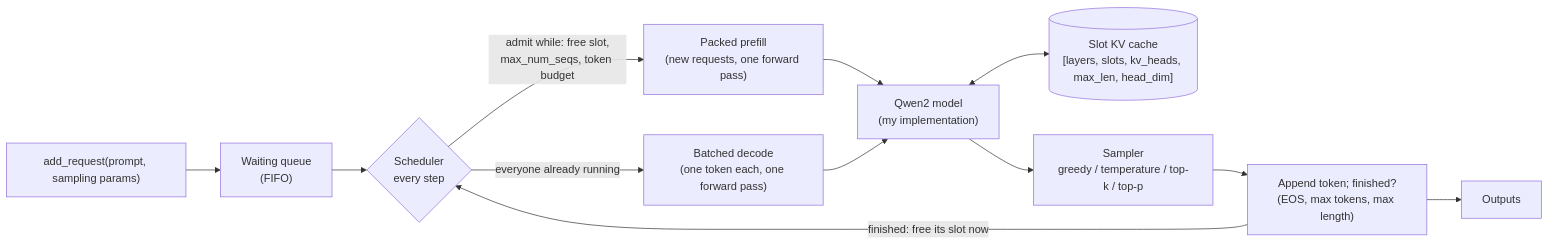
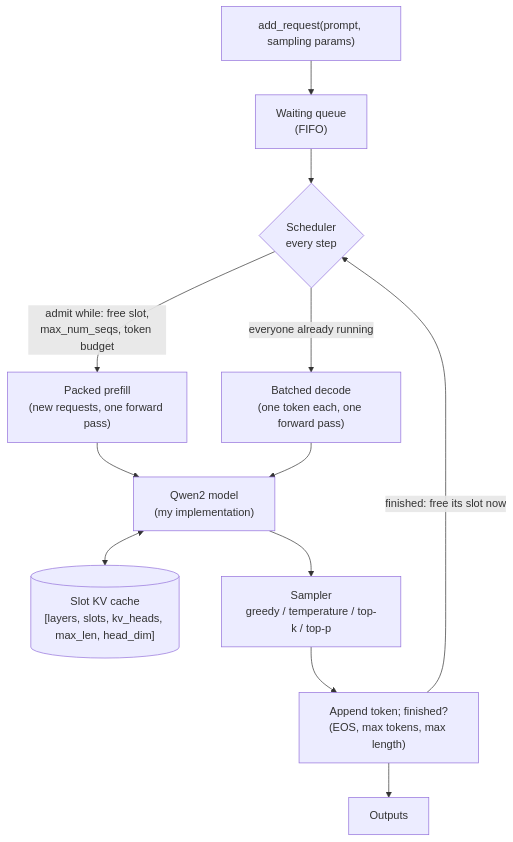
The diagram in README.md (Ham12-3/mini-inference), drawn with Mermaid before and after one commit.

Commit message:
README: top-down architecture diagram for readability

````diff
--- a/README.md
+++ b/README.md
@@ -86,14 +86,14 @@
 ```mermaid
-flowchart LR
+flowchart TD
     A["add_request(prompt, sampling params)"] --> Q["Waiting queue<br/>(FIFO)"]
     Q --> S{"Scheduler<br/>every step"}
     S -->|"admit while: free slot,<br/>max_num_seqs, token budget"| P["Packed prefill<br/>(new requests, one forward pass)"]
     S -->|"everyone already running"| D["Batched decode<br/>(one token each, one forward pass)"]
     P --> M["Qwen2 model<br/>(my implementation)"]
     D --> M
     M <--> KV[("Slot KV cache<br/>[layers, slots, kv_heads, max_len, head_dim]")]
     M --> SM["Sampler<br/>greedy / temperature / top-k / top-p"]
     SM --> U["Append token; finished?<br/>(EOS, max tokens, max length)"]
     U -->|"finished: free its slot now"| S
     U --> O["Outputs"]
 ```
````
